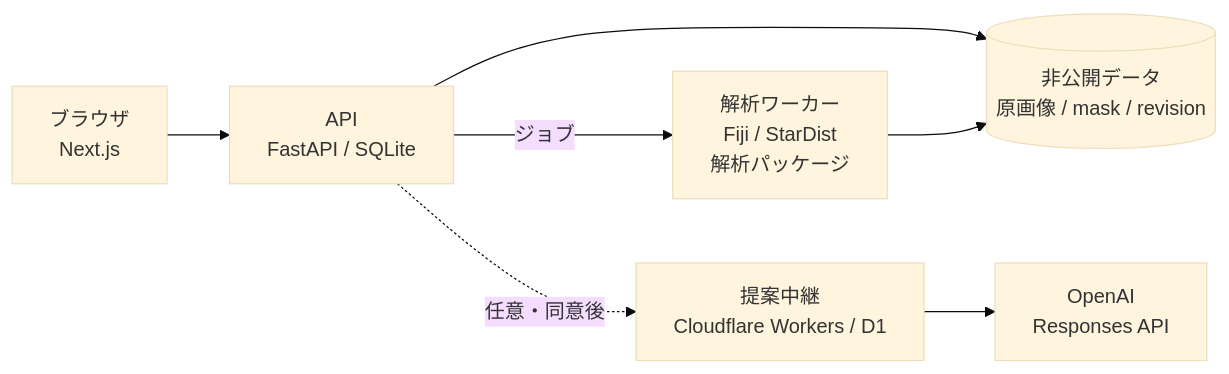
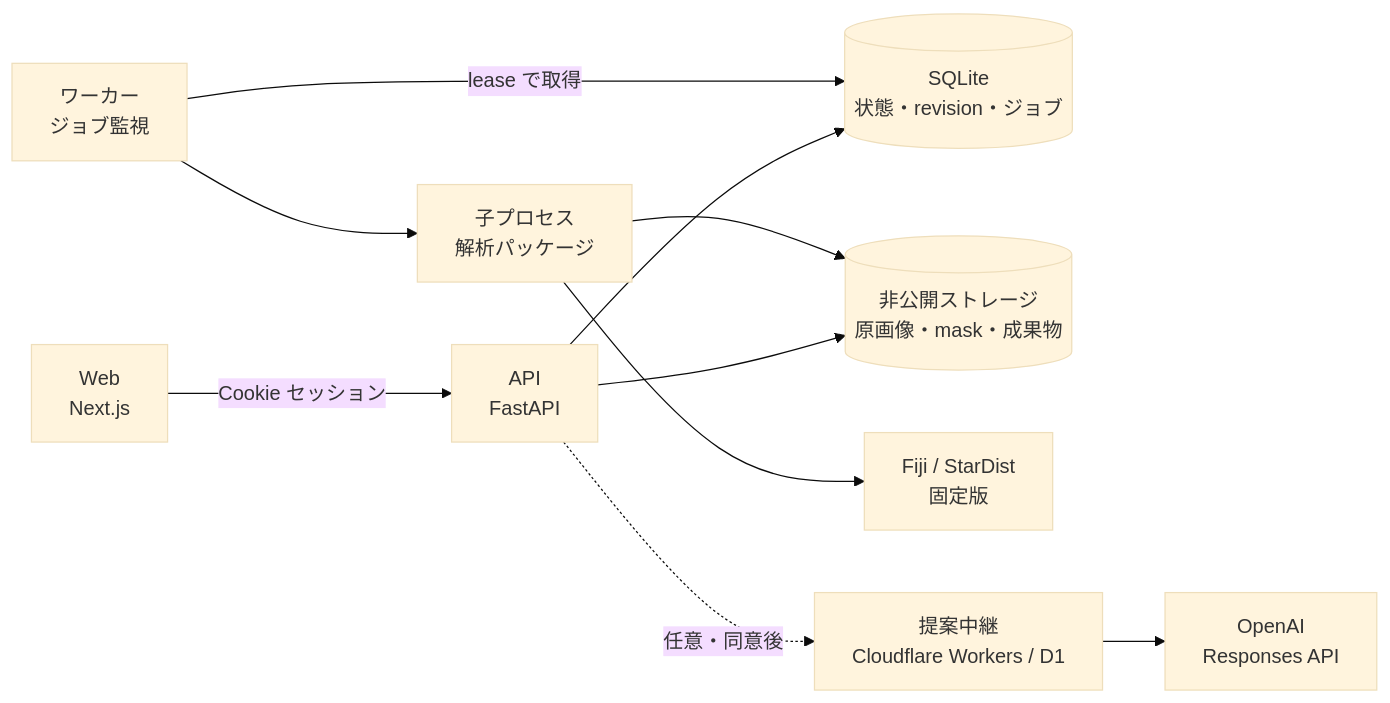
One commit to genellect/cytellect changed the diagram in README.md. Above: the diagram before and after it, drawn with Mermaid (base theme). The commit also changed other lines of this file, not shown here.

First line of the commit message:
Refocus the README on architecture, design depth and security

````diff
--- a/README.md
+++ b/README.md
@@ -54,16 +34,22 @@
 ```mermaid
 flowchart LR
-    Browser["ブラウザ<br/>Next.js"]
-    API["API<br/>FastAPI / SQLite"]
-    Worker["解析ワーカー<br/>Fiji / StarDist<br/>解析パッケージ"]
-    Store[("非公開データ<br/>原画像 / mask / revision")]
+    Browser["Web<br/>Next.js"]
+    API["API<br/>FastAPI"]
+    DB[("SQLite<br/>状態・revision・ジョブ")]
+    Files[("非公開ストレージ<br/>原画像・mask・成果物")]
+    Worker["ワーカー<br/>ジョブ監視"]
+    Child["子プロセス<br/>解析パッケージ"]
+    Fiji["Fiji / StarDist<br/>固定版"]
     Relay["提案中継<br/>Cloudflare Workers / D1"]
     LLM["OpenAI<br/>Responses API"]
 
-    Browser --> API
-    API --> Store
-    API -- ジョブ --> Worker
-    Worker --> Store
+    Browser -->|Cookie セッション| API
+    API --> DB
+    API --> Files
+    Worker -->|lease で取得| DB
+    Worker --> Child
+    Child --> Fiji
+    Child --> Files
     API -. 任意・同意後 .-> Relay
     Relay --> LLM
 ```
````
